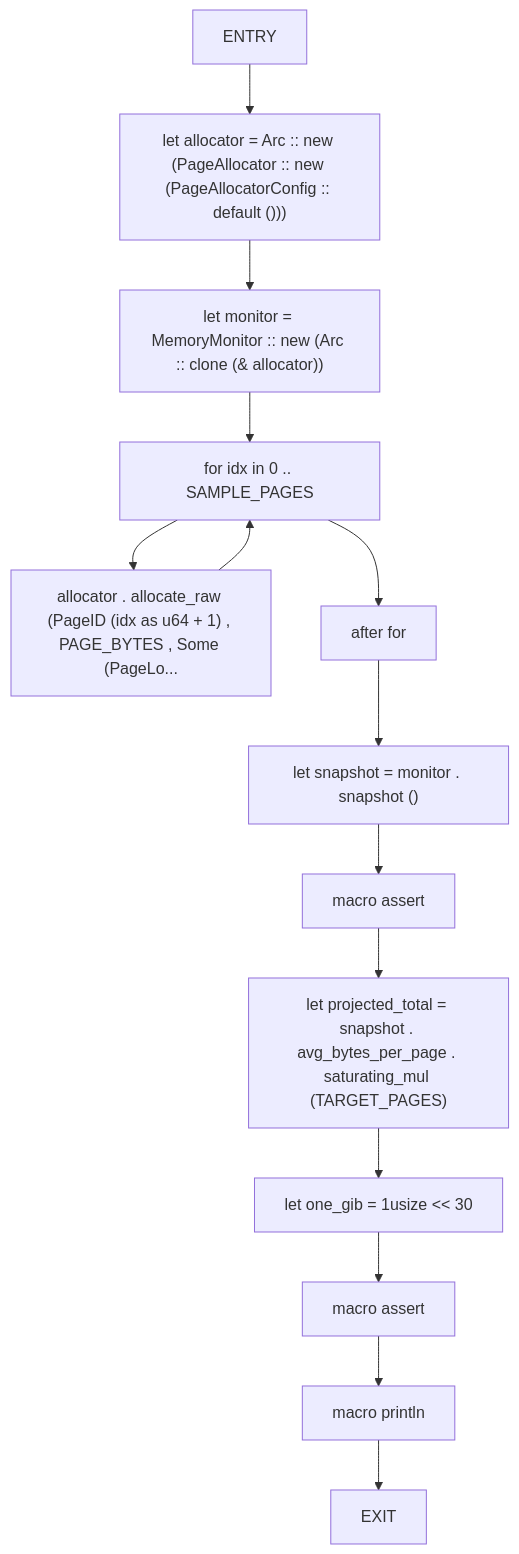
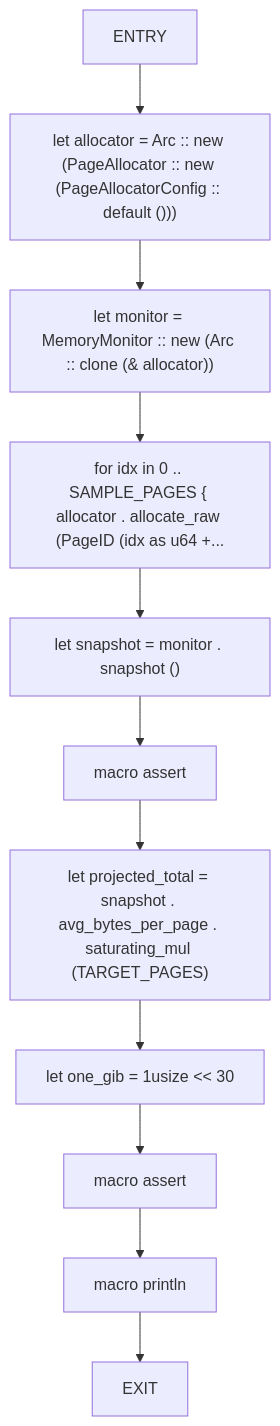
Before and after one commit to cicero-violate/MMSB: diagram 29 of 52 in docs/analysis/cfg/100-tests.md, drawn with Mermaid. The commit also changed other lines of this file and 865 other files, not shown here.

````diff
--- a/docs/analysis/cfg/100-tests.md
+++ b/docs/analysis/cfg/100-tests.md
@@ -876,29 +719,24 @@
 ```mermaid
 flowchart TD
     sampled_allocation_projects_under_budget_0["ENTRY"]
     sampled_allocation_projects_under_budget_1["let allocator = Arc :: new (PageAllocator :: new (PageAllocatorConfig :: default ()))"]
     sampled_allocation_projects_under_budget_2["let monitor = MemoryMonitor :: new (Arc :: clone (& allocator))"]
-    sampled_allocation_projects_under_budget_3["for idx in 0 .. SAMPLE_PAGES"]
-    sampled_allocation_projects_under_budget_4["allocator . allocate_raw (PageID (idx as u64 + 1) , PAGE_BYTES , Some (PageLo..."]
-    sampled_allocation_projects_under_budget_5["after for"]
-    sampled_allocation_projects_under_budget_6["let snapshot = monitor . snapshot ()"]
-    sampled_allocation_projects_under_budget_7["macro assert"]
-    sampled_allocation_projects_under_budget_8["let projected_total = snapshot . avg_bytes_per_page . saturating_mul (TARGET_PAGES)"]
-    sampled_allocation_projects_under_budget_9["let one_gib = 1usize << 30"]
-    sampled_allocation_projects_under_budget_10["macro assert"]
-    sampled_allocation_projects_under_budget_11["macro println"]
-    sampled_allocation_projects_under_budget_12["EXIT"]
+    sampled_allocation_projects_under_budget_3["for idx in 0 .. SAMPLE_PAGES { allocator . allocate_raw (PageID (idx as u64 +..."]
+    sampled_allocation_projects_under_budget_4["let snapshot = monitor . snapshot ()"]
+    sampled_allocation_projects_under_budget_5["macro assert"]
+    sampled_allocation_projects_under_budget_6["let projected_total = snapshot . avg_bytes_per_page . saturating_mul (TARGET_PAGES)"]
+    sampled_allocation_projects_under_budget_7["let one_gib = 1usize << 30"]
+    sampled_allocation_projects_under_budget_8["macro assert"]
+    sampled_allocation_projects_under_budget_9["macro println"]
+    sampled_allocation_projects_under_budget_10["EXIT"]
     sampled_allocation_projects_under_budget_0 --> sampled_allocation_projects_under_budget_1
     sampled_allocation_projects_under_budget_1 --> sampled_allocation_projects_under_budget_2
     sampled_allocation_projects_under_budget_2 --> sampled_allocation_projects_under_budget_3
     sampled_allocation_projects_under_budget_3 --> sampled_allocation_projects_under_budget_4
-    sampled_allocation_projects_under_budget_4 --> sampled_allocation_projects_under_budget_3
-    sampled_allocation_projects_under_budget_3 --> sampled_allocation_projects_under_budget_5
+    sampled_allocation_projects_under_budget_4 --> sampled_allocation_projects_under_budget_5
     sampled_allocation_projects_under_budget_5 --> sampled_allocation_projects_under_budget_6
     sampled_allocation_projects_under_budget_6 --> sampled_allocation_projects_under_budget_7
     sampled_allocation_projects_under_budget_7 --> sampled_allocation_projects_under_budget_8
     sampled_allocation_projects_under_budget_8 --> sampled_allocation_projects_under_budget_9
     sampled_allocation_projects_under_budget_9 --> sampled_allocation_projects_under_budget_10
-    sampled_allocation_projects_under_budget_10 --> sampled_allocation_projects_under_budget_11
-    sampled_allocation_projects_under_budget_11 --> sampled_allocation_projects_under_budget_12
 ```
````
